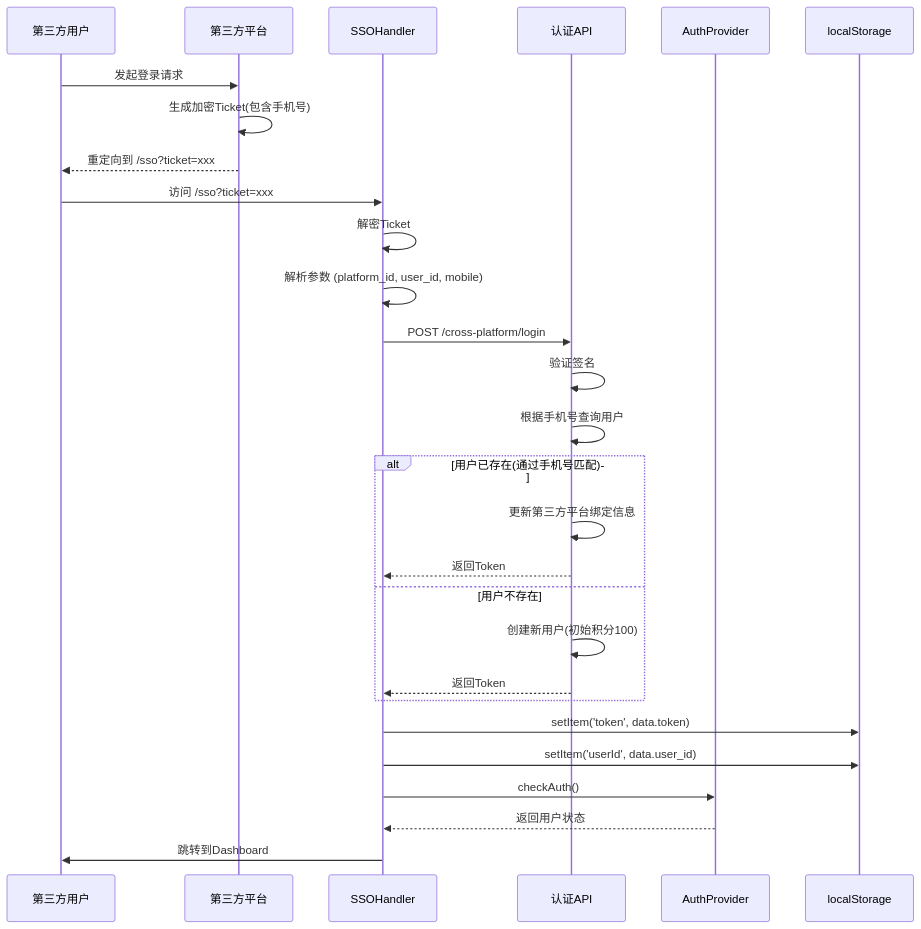
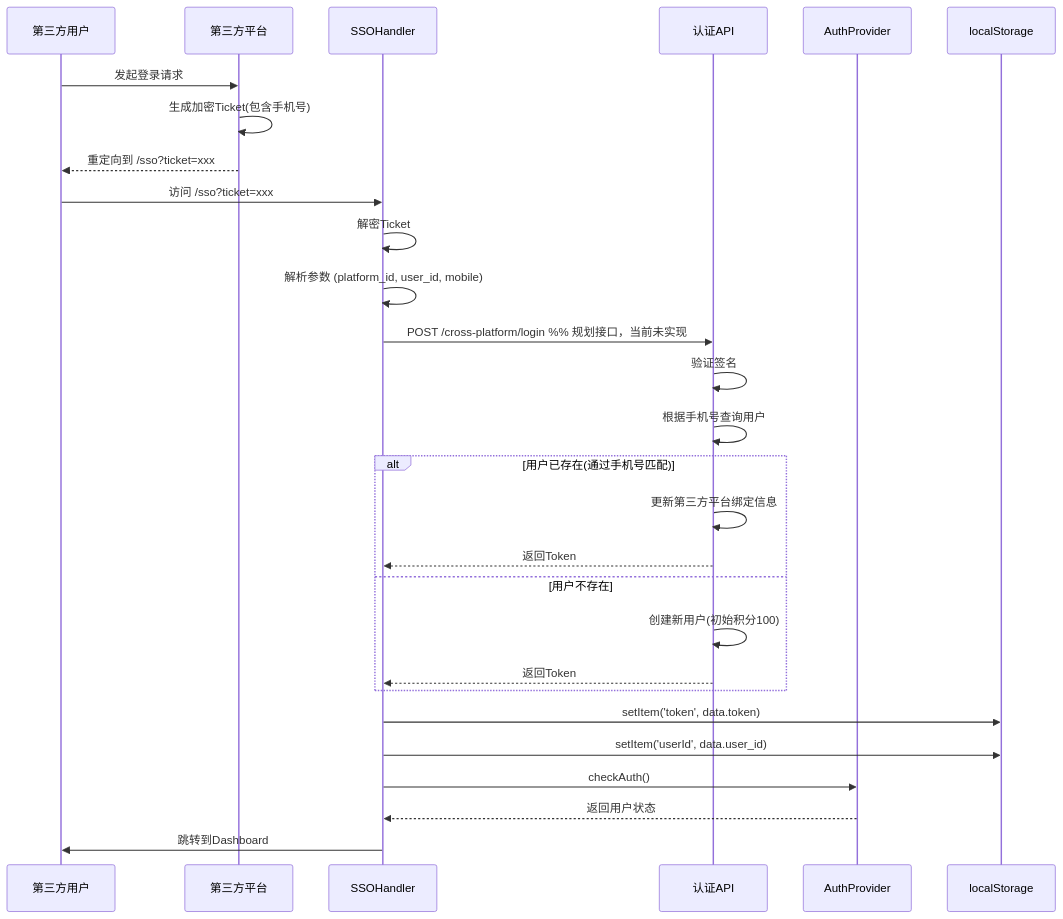
The third of 4 diagrams in docs/BUSINESS_MODEL.md (zhangx1234994/POD_AI), drawn with Mermaid before and after one commit. The commit also changed other lines of this file and 37 other files, not shown here.

````diff
--- a/docs/BUSINESS_MODEL.md
+++ b/docs/BUSINESS_MODEL.md
@@ -282,35 +288,35 @@
 ```mermaid
 sequenceDiagram
     participant U as 第三方用户
     participant P as 第三方平台
     participant H as SSOHandler
     participant API as 认证API
     participant C as AuthProvider
 
     U->>P: 发起登录请求
     P->>P: 生成加密Ticket(包含手机号)
     P-->>U: 重定向到 /sso?ticket=xxx
 
     U->>H: 访问 /sso?ticket=xxx
     H->>H: 解密Ticket
     H->>H: 解析参数 (platform_id, user_id, mobile)
 
-    H->>API: POST /cross-platform/login
+    H->>API: POST /cross-platform/login  %% 规划接口，当前未实现
     API->>API: 验证签名
 
     API->>API: 根据手机号查询用户
     alt 用户已存在(通过手机号匹配)
         API->>API: 更新第三方平台绑定信息
         API-->>H: 返回Token
     else 用户不存在
         API->>API: 创建新用户(初始积分100)
         API-->>H: 返回Token
     end
 
     H->>localStorage: setItem('token', data.token)
     H->>localStorage: setItem('userId', data.user_id)
 
     H->>C: checkAuth()
     C-->>H: 返回用户状态
     H->>U: 跳转到Dashboard
 ```
````
